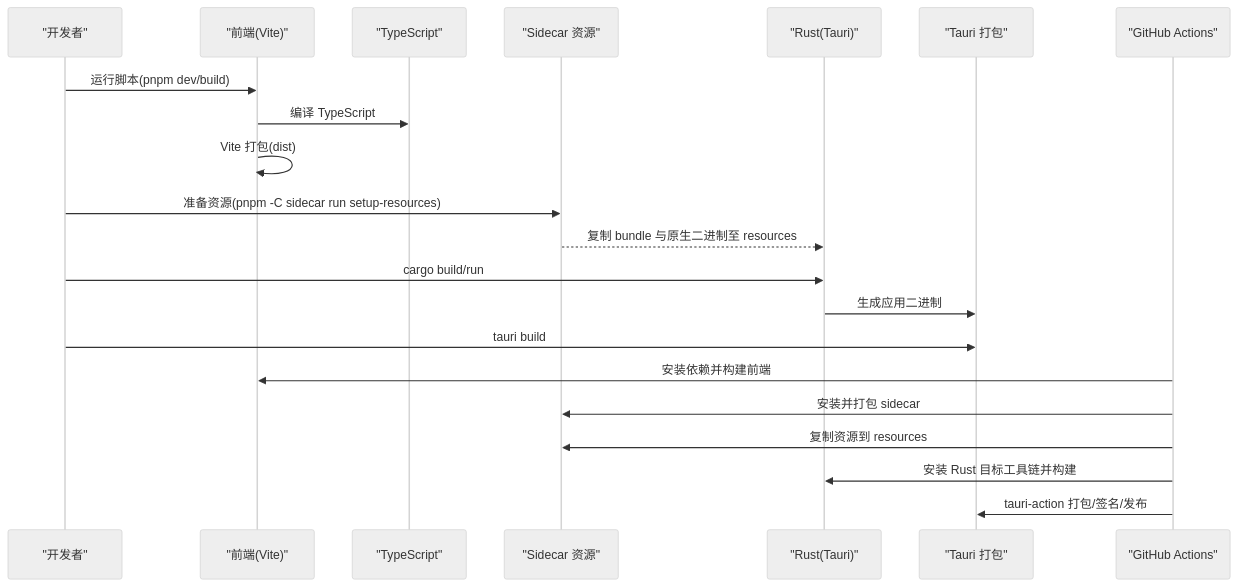
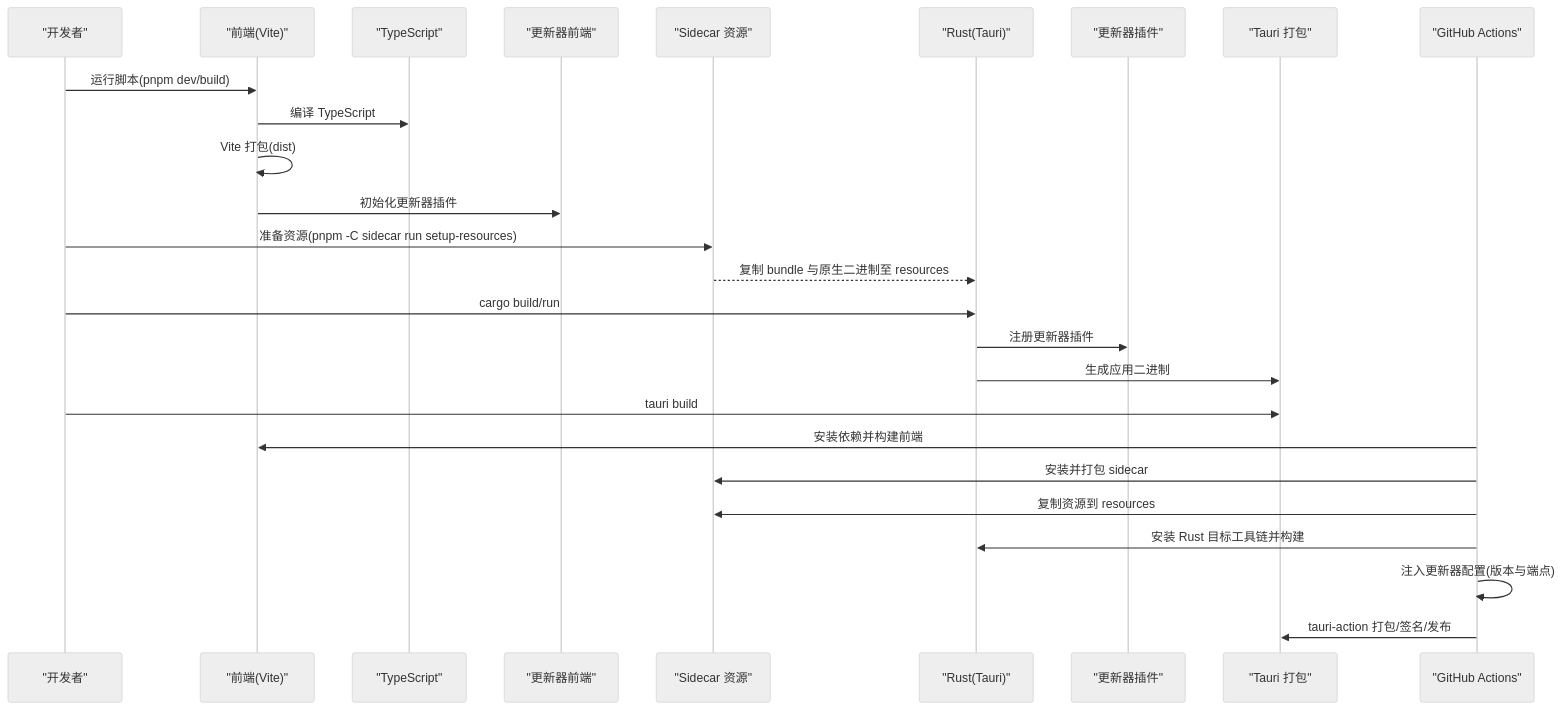
The second of 8 diagrams in .qoder/repowiki/zh/content/部署和发布/构建流程.md (RabbitAI-Lab/RabbitCoding), drawn with Mermaid (neutral theme) before and after one commit. The commit also changed other lines of this file and 32 other files, not shown here.

````diff
--- a/.qoder/repowiki/zh/content/部署和发布/构建流程.md
+++ b/.qoder/repowiki/zh/content/部署和发布/构建流程.md
@@ -147,23 +166,28 @@
 ```mermaid
 sequenceDiagram
 participant Dev as "开发者"
 participant FE as "前端(Vite)"
 participant TS as "TypeScript"
+participant UpdaterFrontend as "更新器前端"
 participant Sidecar as "Sidecar 资源"
 participant Rust as "Rust(Tauri)"
+participant UpdaterPlugin as "更新器插件"
 participant Tauri as "Tauri 打包"
 participant CI as "GitHub Actions"
 Dev->>FE : 运行脚本(pnpm dev/build)
 FE->>TS : 编译 TypeScript
 FE->>FE : Vite 打包(dist)
+FE->>UpdaterFrontend : 初始化更新器插件
 Dev->>Sidecar : 准备资源(pnpm -C sidecar run setup-resources)
 Sidecar-->>Rust : 复制 bundle 与原生二进制至 resources
 Dev->>Rust : cargo build/run
+Rust->>UpdaterPlugin : 注册更新器插件
 Rust->>Tauri : 生成应用二进制
 Dev->>Tauri : tauri build
 CI->>FE : 安装依赖并构建前端
 CI->>Sidecar : 安装并打包 sidecar
 CI->>Sidecar : 复制资源到 resources
 CI->>Rust : 安装 Rust 目标工具链并构建
+CI->>CI : 注入更新器配置(版本与端点)
 CI->>Tauri : tauri-action 打包/签名/发布
 ```
````
